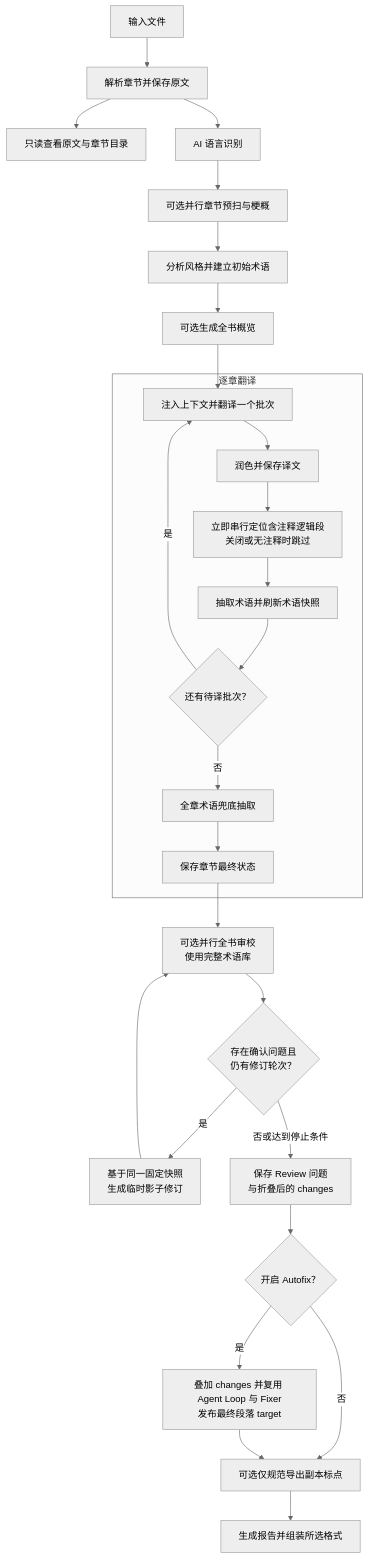
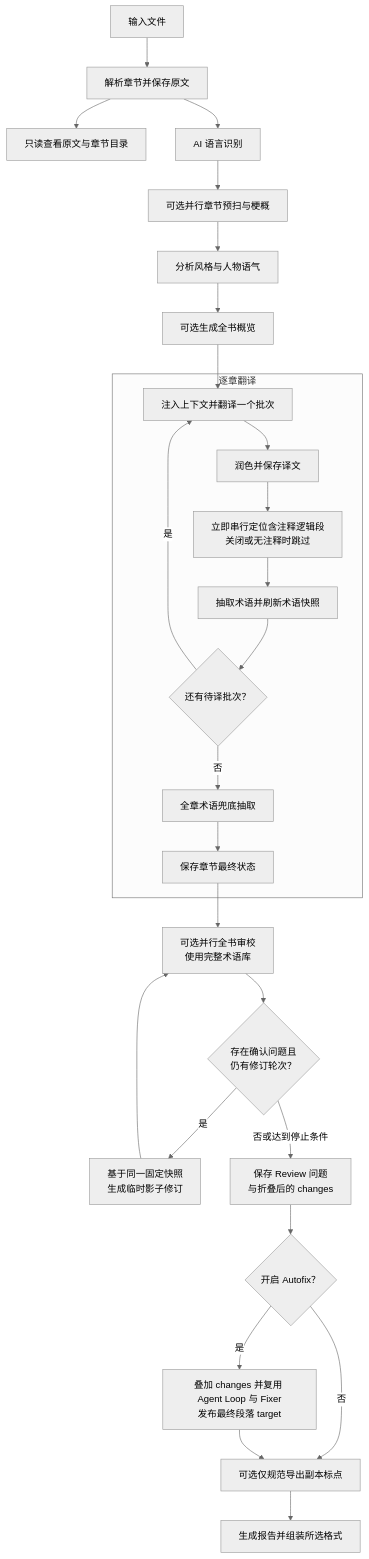
Before and after one commit to BigDawnGhost/wenyi: the first of 2 diagrams in docs/zh/pipeline.md, drawn with Mermaid (neutral theme). The commit also changed other lines of this file and 25 other files, not shown here.

````diff
--- a/docs/zh/pipeline.md
+++ b/docs/zh/pipeline.md
@@ -9,32 +9,32 @@
 ```mermaid
 flowchart TD
     A[输入文件] --> B["解析章节并保存原文"]
     B --> BV["只读查看原文与章节目录"]
     B --> BL["AI 语言识别"]
     BL --> C["可选并行章节预扫与梗概"]
-    C --> D[分析风格并建立初始术语]
+    C --> D["分析风格与人物语气"]
     D --> DS[可选生成全书概览]
     DS --> E
 
     subgraph T[逐章翻译]
         E[注入上下文并翻译一个批次]
         E --> F[润色并保存译文]
         F --> FA[立即串行定位含注释逻辑段<br/>关闭或无注释时跳过]
         FA --> G[抽取术语并刷新术语快照]
         G --> H{还有待译批次？}
         H -- 是 --> E
         H -- 否 --> IB[全章术语兜底抽取]
         IB --> J[保存章节最终状态]
     end
 
     J --> K[可选并行全书审校<br/>使用完整术语库]
     K --> N{存在确认问题且<br/>仍有修订轮次？}
     N -- 是 --> O[基于同一固定快照<br/>生成临时影子修订]
     O --> K
     N -- 否或达到停止条件 --> P[保存 Review 问题<br/>与折叠后的 changes]
     P --> Q{开启 Autofix？}
     Q -- 是 --> R[叠加 changes 并复用 Agent Loop 与 Fixer<br/>发布最终段落 target]
     Q -- 否 --> X[可选仅规范导出副本标点]
     R --> X
     X --> M[生成报告并组装所选格式]
 ```
````
